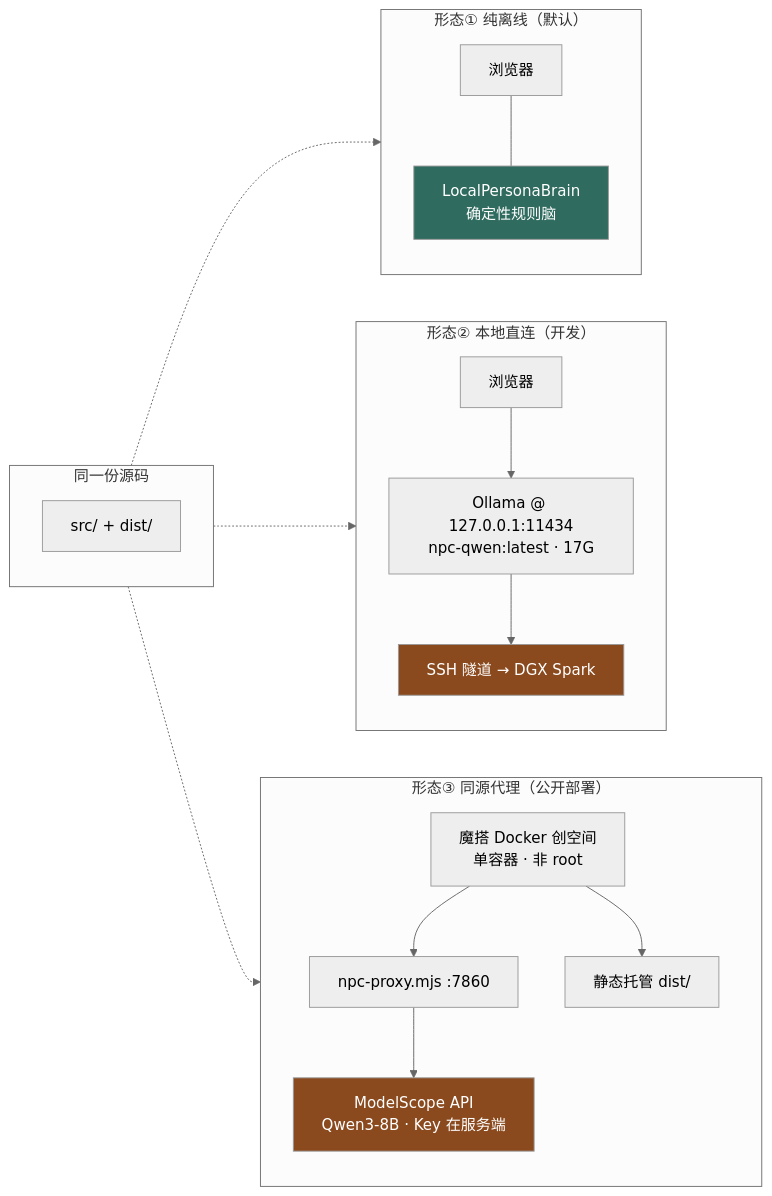
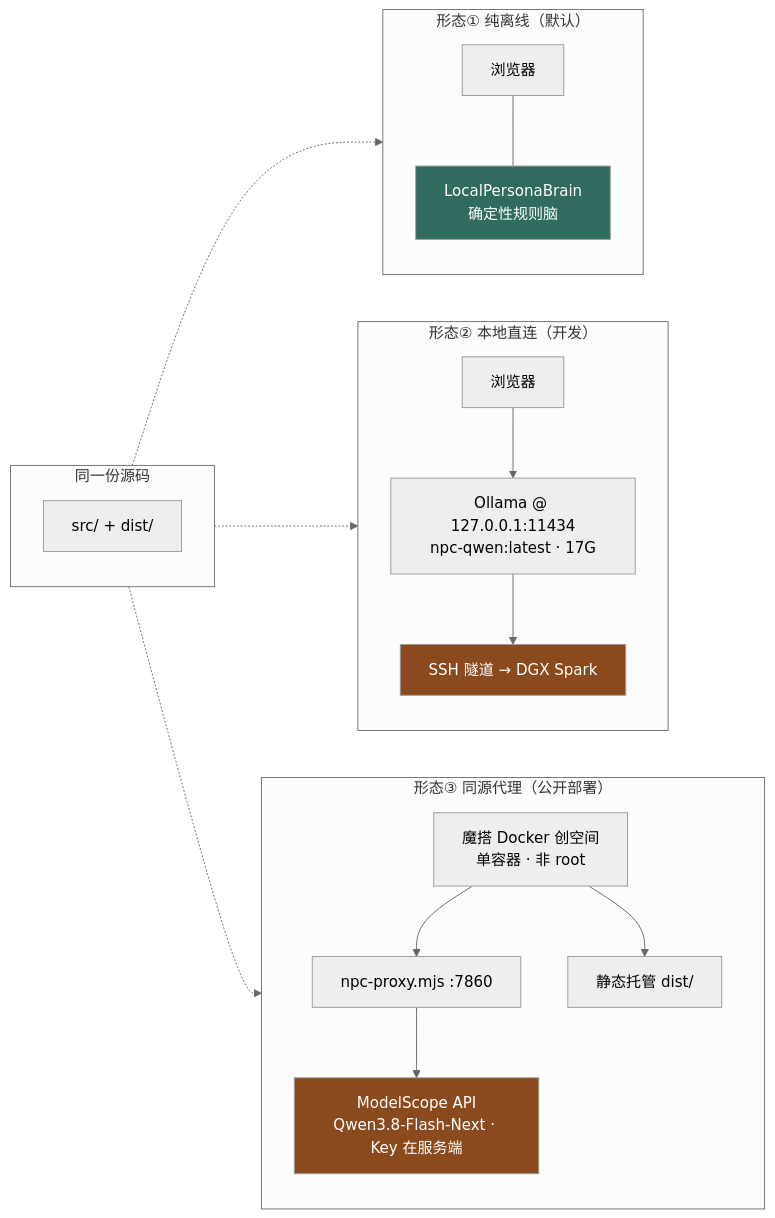
Before and after one commit to Zhuyuyangyy/floor-100000: the third of 3 diagrams in docs/AI_ARCHITECTURE.md, drawn with Mermaid (neutral theme). The commit also changed 6 other files, not shown here.

````diff
--- a/docs/AI_ARCHITECTURE.md
+++ b/docs/AI_ARCHITECTURE.md
@@ -155,37 +155,37 @@
 ```mermaid
 flowchart LR
     subgraph CODE["同一份源码"]
         C1["src/ + dist/"]
     end
 
     subgraph A["形态① 纯离线（默认）"]
         A1["浏览器"]
         A2["LocalPersonaBrain<br/>确定性规则脑"]
         A1 --- A2
     end
 
     subgraph B["形态② 本地直连（开发）"]
         B1["浏览器"]
         B2["Ollama @ 127.0.0.1:11434<br/>npc-qwen:latest · 17G"]
         B3["SSH 隧道 → DGX Spark"]
         B1 --> B2 --> B3
     end
 
     subgraph C["形态③ 同源代理（公开部署）"]
         C2["魔搭 Docker 创空间<br/>单容器 · 非 root"]
         C3["npc-proxy.mjs :7860"]
         C4["静态托管 dist/"]
-        C5["ModelScope API<br/>Qwen3-8B · Key 在服务端"]
+        C5["ModelScope API<br/>Qwen3.8-Flash-Next · Key 在服务端"]
         C2 --> C3
         C2 --> C4
         C3 --> C5
     end
 
     CODE -.-> A
     CODE -.-> B
     CODE -.-> C
 
     style A2 fill:#2f6b5e,color:#fff
     style B3 fill:#8a4a1e,color:#fff
     style C5 fill:#8a4a1e,color:#fff
 ```
````
